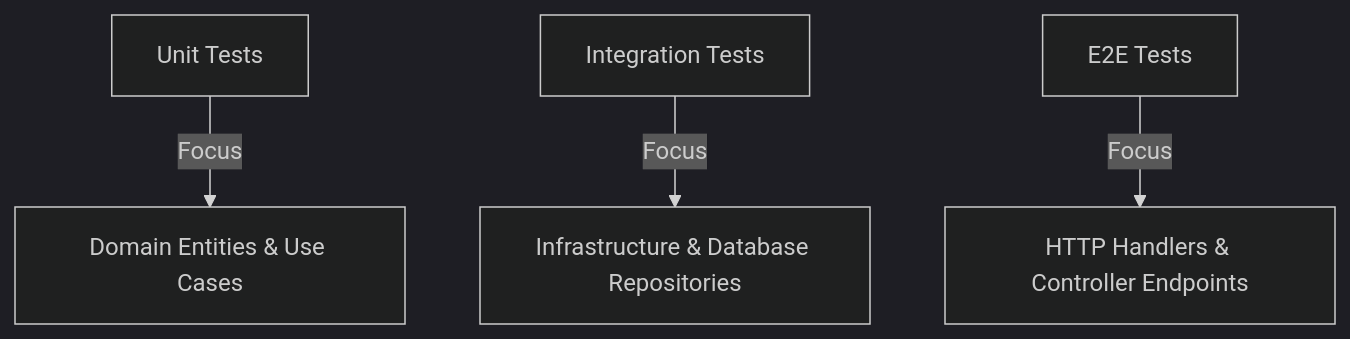
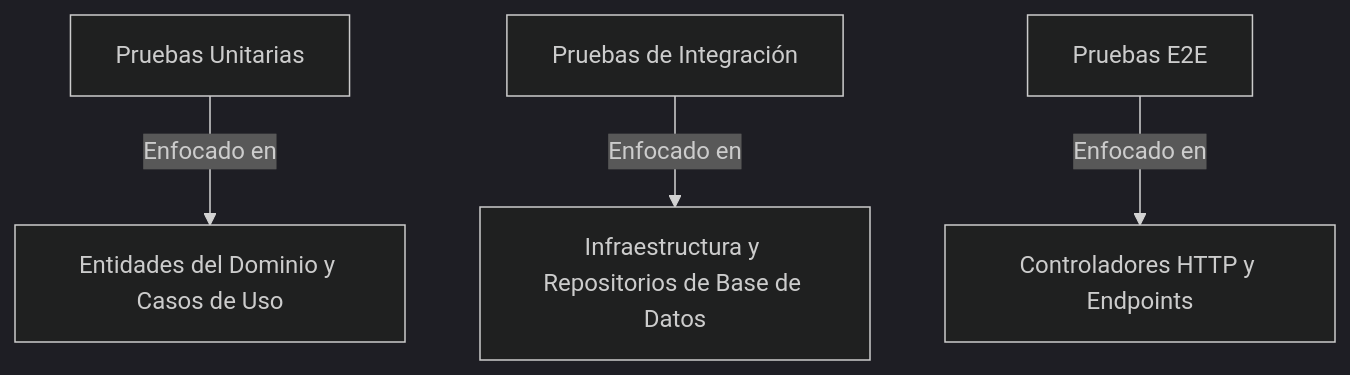
The diagram in backend/TESTING.md (rogerinfas/software-project-management-course-project), drawn with Mermaid (dark theme) before and after one commit. The commit also changed other lines of this file, not shown here.

````diff
--- a/backend/TESTING.md
+++ b/backend/TESTING.md
@@ -50,6 +50,6 @@
 ```mermaid
 graph TD
-    A[Unit Tests] -->|Focus| B[Domain Entities & Use Cases]
-    C[Integration Tests] -->|Focus| D[Infrastructure & Database Repositories]
-    E[E2E Tests] -->|Focus| F[HTTP Handlers & Controller Endpoints]
+    A[Pruebas Unitarias] -->|Enfocado en| B[Entidades del Dominio y Casos de Uso]
+    C[Pruebas de Integración] -->|Enfocado en| D[Infraestructura y Repositorios de Base de Datos]
+    E[Pruebas E2E] -->|Enfocado en| F[Controladores HTTP y Endpoints]
 ```
````
